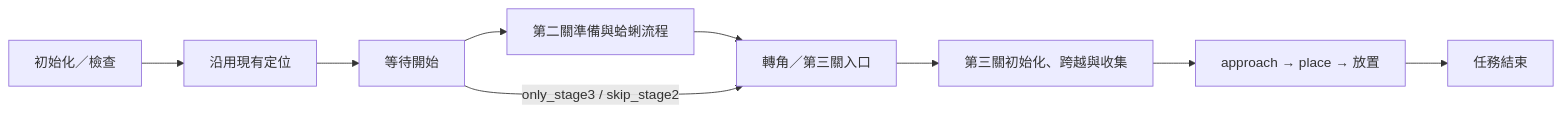
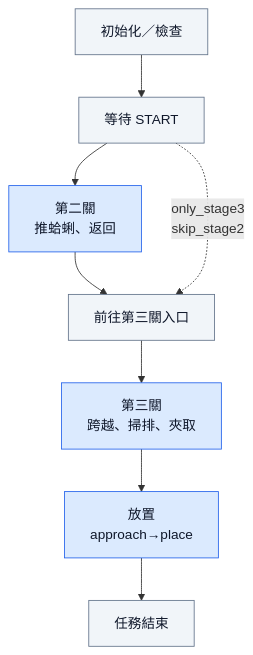
The fourth of 5 diagrams in README.md (terryking0711/robot_fsm_v2_ws), drawn with Mermaid before and after one commit. The commit also changed other lines of this file, not shown here.

Commit message:
Update README for system architecture and controls

````diff
--- a/README.md
+++ b/README.md
@@ -253,11 +316,15 @@
 ```mermaid
-flowchart LR
-    INIT["初始化／檢查"] --> LOC["沿用現有定位"]
-    LOC --> WAIT["等待開始"]
-    WAIT --> S2["第二關準備與蛤蜊流程"]
-    S2 --> MOVE["轉角／第三關入口"]
-    WAIT -->|"only_stage3 / skip_stage2"| MOVE
-    MOVE --> S3["第三關初始化、跨越與收集"]
-    S3 --> PLACE["approach → place → 放置"]
-    PLACE --> END["任務結束"]
+flowchart TB
+    INIT["初始化／檢查"] --> WAIT["等待 START"]
+    WAIT --> S2["第二關<br/>推蛤蜊、返回"]
+    S2 --> MOVE["前往第三關入口"]
+    WAIT -.->|only_stage3<br/>skip_stage2| MOVE
+    MOVE --> S3["第三關<br/>跨越、掃排、夾取"]
+    S3 --> PLACE["放置<br/>approach→place"]
+    PLACE --> DONE["任務結束"]
+
+    classDef stage fill:#dbeafe,stroke:#2563eb,color:#0f172a
+    classDef step fill:#f1f5f9,stroke:#64748b,color:#0f172a
+    class S2,S3,PLACE stage
+    class INIT,WAIT,MOVE,DONE step
 ```
````
